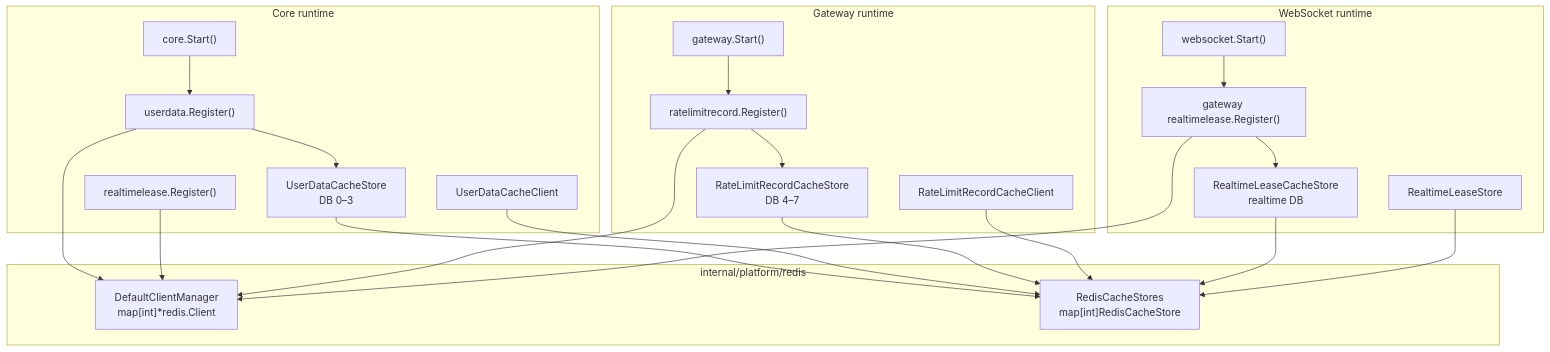
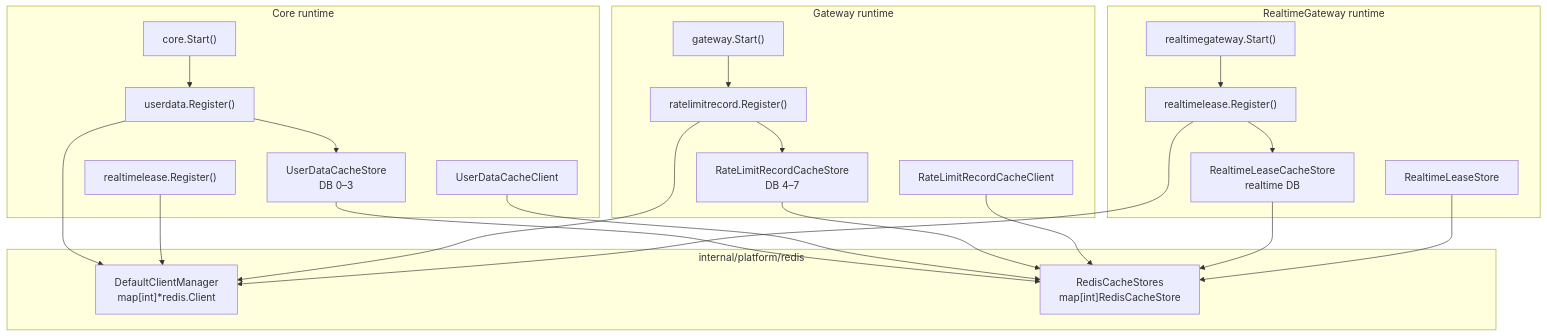
Before and after one commit to HiIamJeff67/notezy-backend: the diagram in docs/codebase-design/microservice-architecture.md, drawn with Mermaid. The commit also changed other lines of this file and 1057 other files, not shown here.

First line of the commit message:
refactor(architecture): reorganize contracts and shared infrastructure

````diff
--- a/docs/codebase-design/microservice-architecture.md
+++ b/docs/codebase-design/microservice-architecture.md
@@ -161,42 +193,42 @@
 ```mermaid
 flowchart TB
   subgraph Platform["internal/platform/redis"]
     Manager["DefaultClientManager<br/>map[int]*redis.Client"]
     Registry["RedisCacheStores<br/>map[int]RedisCacheStore"]
   end
 
   subgraph Core["Core runtime"]
     CoreStart["core.Start()"]
     UserRegister["userdata.Register()"]
     UserStore["UserDataCacheStore<br/>DB 0–3"]
     UserClient["UserDataCacheClient"]
     RealtimeRegisterCore["realtimelease.Register()"]
   end
 
   subgraph Gateway["Gateway runtime"]
     GatewayStart["gateway.Start()"]
     RateRegister["ratelimitrecord.Register()"]
     RateStore["RateLimitRecordCacheStore<br/>DB 4–7"]
     RateClient["RateLimitRecordCacheClient"]
   end
 
-  subgraph WebSocket["WebSocket runtime"]
-    WebSocketStart["websocket.Start()"]
-    RealtimeRegisterWebSocket["gateway realtimelease.Register()"]
+  subgraph RealtimeGateway["RealtimeGateway runtime"]
+    RealtimeGatewayStart["realtimegateway.Start()"]
+    RealtimeRegisterGateway["realtimelease.Register()"]
     LeaseStore["RealtimeLeaseCacheStore<br/>realtime DB"]
     LeaseClient["RealtimeLeaseStore"]
   end
 
   CoreStart --> UserRegister --> Manager
   UserRegister --> UserStore --> Registry
   UserClient --> Registry
   RealtimeRegisterCore --> Manager
 
   GatewayStart --> RateRegister --> Manager
   RateRegister --> RateStore --> Registry
   RateClient --> Registry
 
-  WebSocketStart --> RealtimeRegisterWebSocket --> Manager
-  RealtimeRegisterWebSocket --> LeaseStore --> Registry
+  RealtimeGatewayStart --> RealtimeRegisterGateway --> Manager
+  RealtimeRegisterGateway --> LeaseStore --> Registry
   LeaseClient --> Registry
 ```
````
